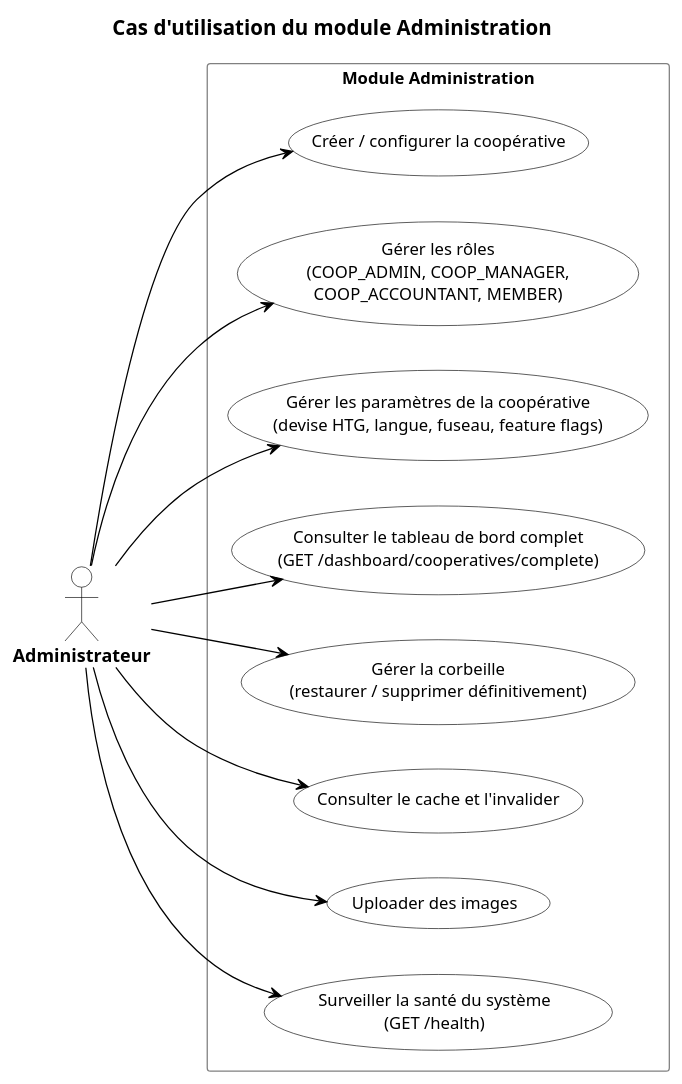
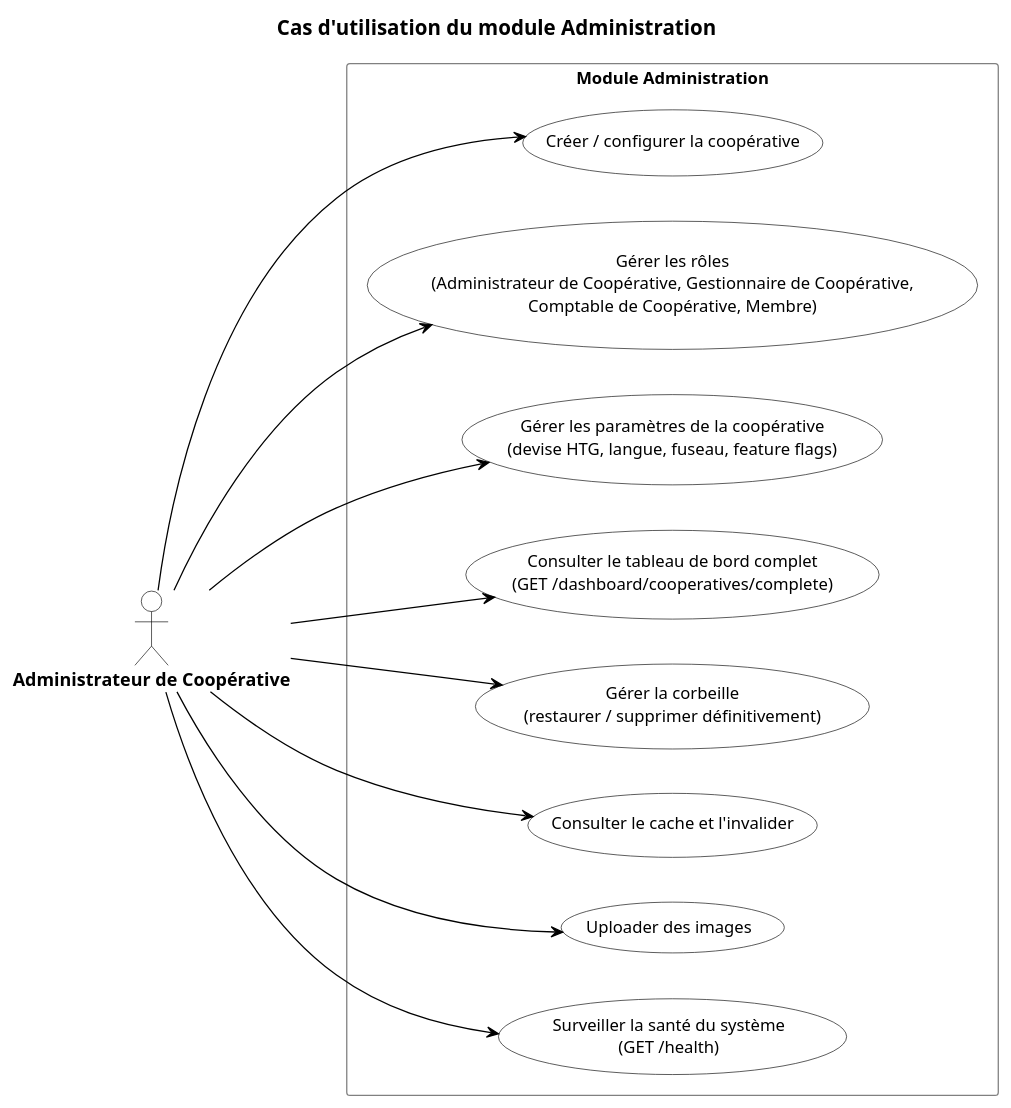
Before and after one commit to louvinx/sysgeca_documentation: the diagram in puml/figure21_cas_utilisation_administration.puml, drawn with PlantUML. The commit also changed 24 other files, not shown here.

```diff
--- a/puml/figure21_cas_utilisation_administration.puml
+++ b/puml/figure21_cas_utilisation_administration.puml
@@ -1,71 +1,71 @@
 @startuml
 title Cas d'utilisation du module Administration
 
 left to right direction
 skinparam shadowing false
 skinparam backgroundColor White
 skinparam defaultFontName Arial
 skinparam defaultFontSize 12
 
 skinparam title {
   FontSize 16
   FontStyle bold
   FontColor #000000
 }
 
 skinparam actor {
   BackgroundColor White
   BorderColor #000000
   FontColor #000000
   FontSize 14
   FontStyle bold
 }
 
 skinparam usecase {
   BackgroundColor White
   BorderColor #000000
   FontColor #000000
   FontSize 13
 }
 
 skinparam rectangle {
   BackgroundColor White
   BorderColor #808080
   FontColor #000000
   FontSize 13
   FontStyle bold
 }
 
 skinparam arrow {
   Color #000000
   FontColor #000000
 }
 
 skinparam line {
   Color #000000
 }
 
 
-actor "Administrateur" as admin
+actor "Administrateur de Coopérative" as admin
 
 rectangle "Module Administration" {
   usecase "Créer / configurer la coopérative" as UC1
-  usecase "Gérer les rôles\n(COOP_ADMIN, COOP_MANAGER,\nCOOP_ACCOUNTANT, MEMBER)" as UC2
+  usecase "Gérer les rôles\n(Administrateur de Coopérative, Gestionnaire de Coopérative,\nComptable de Coopérative, Membre)" as UC2
   usecase "Gérer les paramètres de la coopérative\n(devise HTG, langue, fuseau, feature flags)" as UC3
   usecase "Consulter le tableau de bord complet\n(GET /dashboard/cooperatives/complete)" as UC4
   usecase "Gérer la corbeille\n(restaurer / supprimer définitivement)" as UC5
   usecase "Consulter le cache et l'invalider" as UC6
   usecase "Uploader des images" as UC7
   usecase "Surveiller la santé du système\n(GET /health)" as UC8
 }
 
 admin --> UC1
 admin --> UC2
 admin --> UC3
 admin --> UC4
 admin --> UC5
 admin --> UC6
 admin --> UC7
 admin --> UC8
 
 @enduml
```
